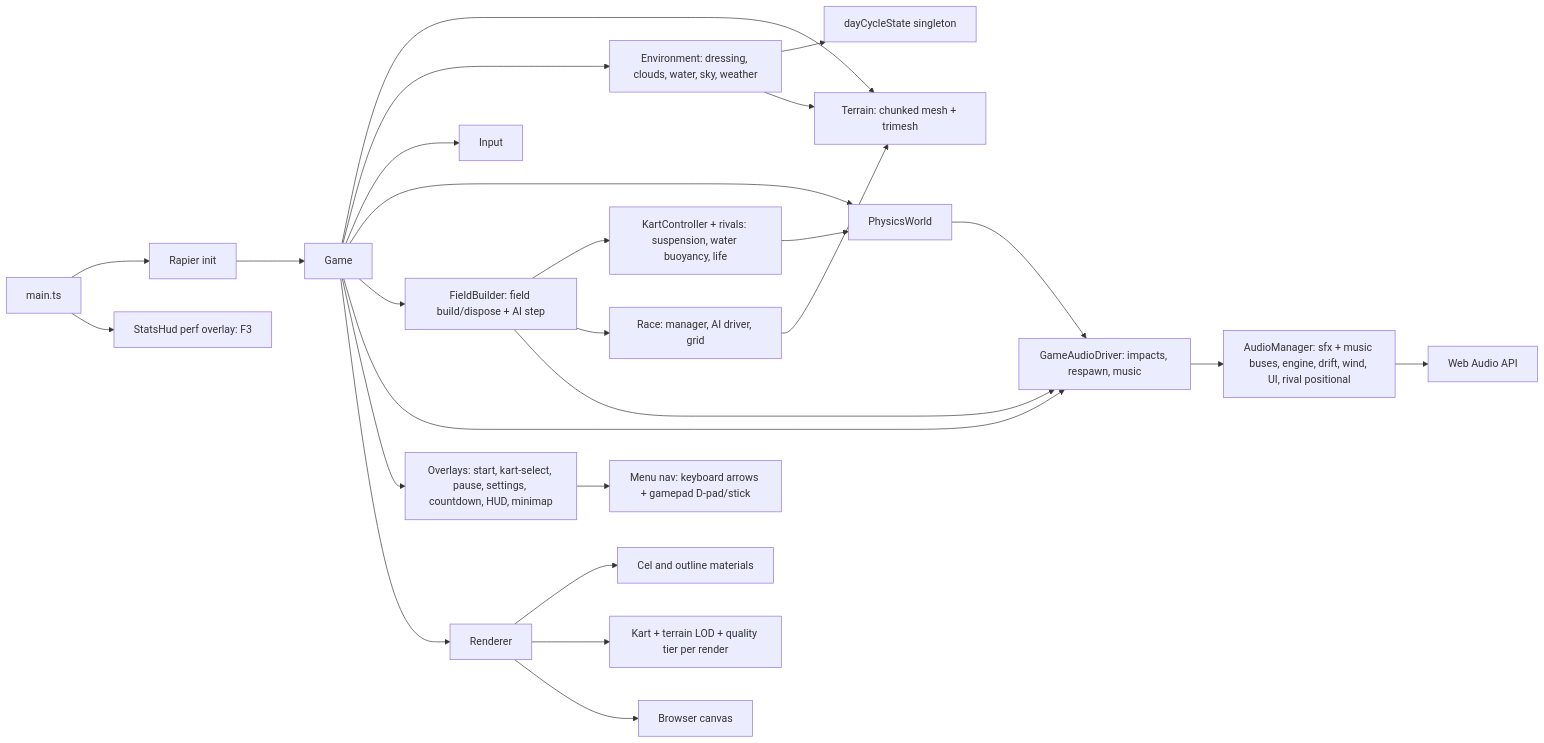
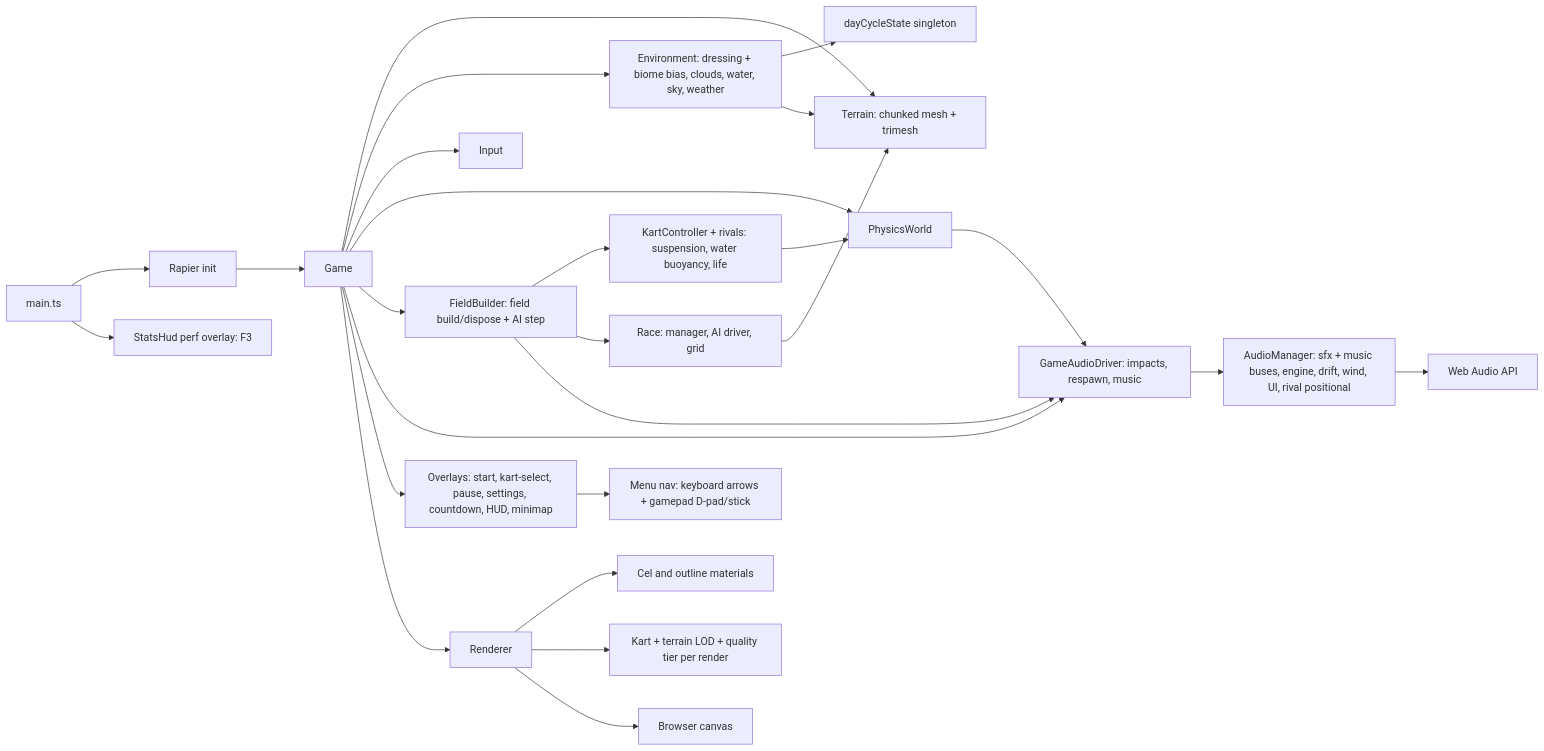
Before and after one commit to jjgroenendijk/cart-game: the diagram in AGENTS.md, drawn with Mermaid. The commit also changed other lines of this file and 32 other files, not shown here.

````diff
--- a/AGENTS.md
+++ b/AGENTS.md
@@ -24,28 +24,28 @@
 ```mermaid
 flowchart LR
   main[main.ts] --> rapier[Rapier init]
   rapier --> game[Game]
   game --> terrain[Terrain: chunked mesh + trimesh]
-  game --> env[Environment: dressing, clouds, water, sky, weather]
+  game --> env[Environment: dressing + biome bias, clouds, water, sky, weather]
   env --> dayCycle[dayCycleState singleton]
   env --> terrain
   game --> input[Input]
   game --> physics[PhysicsWorld]
   game --> field[FieldBuilder: field build/dispose + AI step]
   field --> kart[KartController + rivals: suspension, water buoyancy, life]
   field --> race[Race: manager, AI driver, grid]
   kart --> physics
   race --> terrain
   game --> gameAudio[GameAudioDriver: impacts, respawn, music]
   field --> gameAudio
   physics --> gameAudio
   gameAudio --> audio[AudioManager: sfx + music buses, engine, drift, wind, UI, rival positional]
   audio --> webaudio[Web Audio API]
   game --> ui[Overlays: start, kart-select, pause, settings, countdown, HUD, minimap]
   ui --> menuNav[Menu nav: keyboard arrows + gamepad D-pad/stick]
   game --> renderer[Renderer]
   renderer --> materials[Cel and outline materials]
   renderer --> lod[Kart + terrain LOD + quality tier per render]
   renderer --> canvas[Browser canvas]
   main --> statsHud[StatsHud perf overlay: F3]
 ```
````
